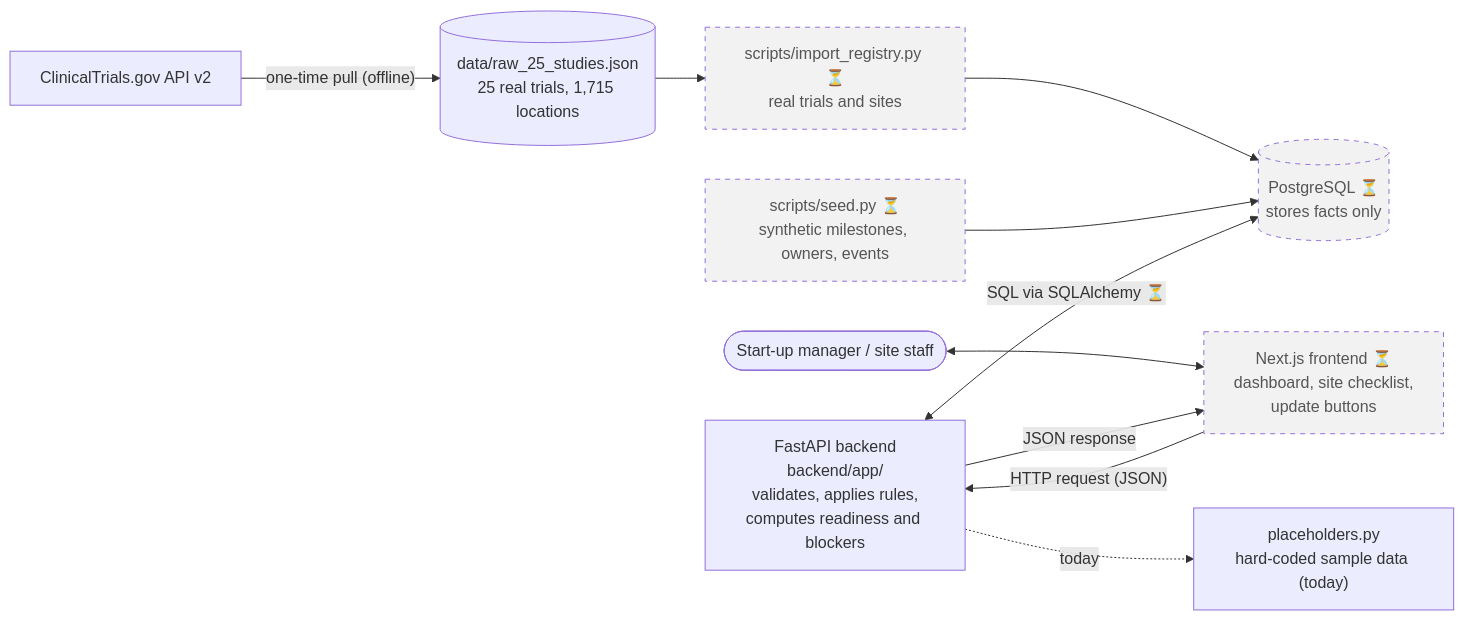
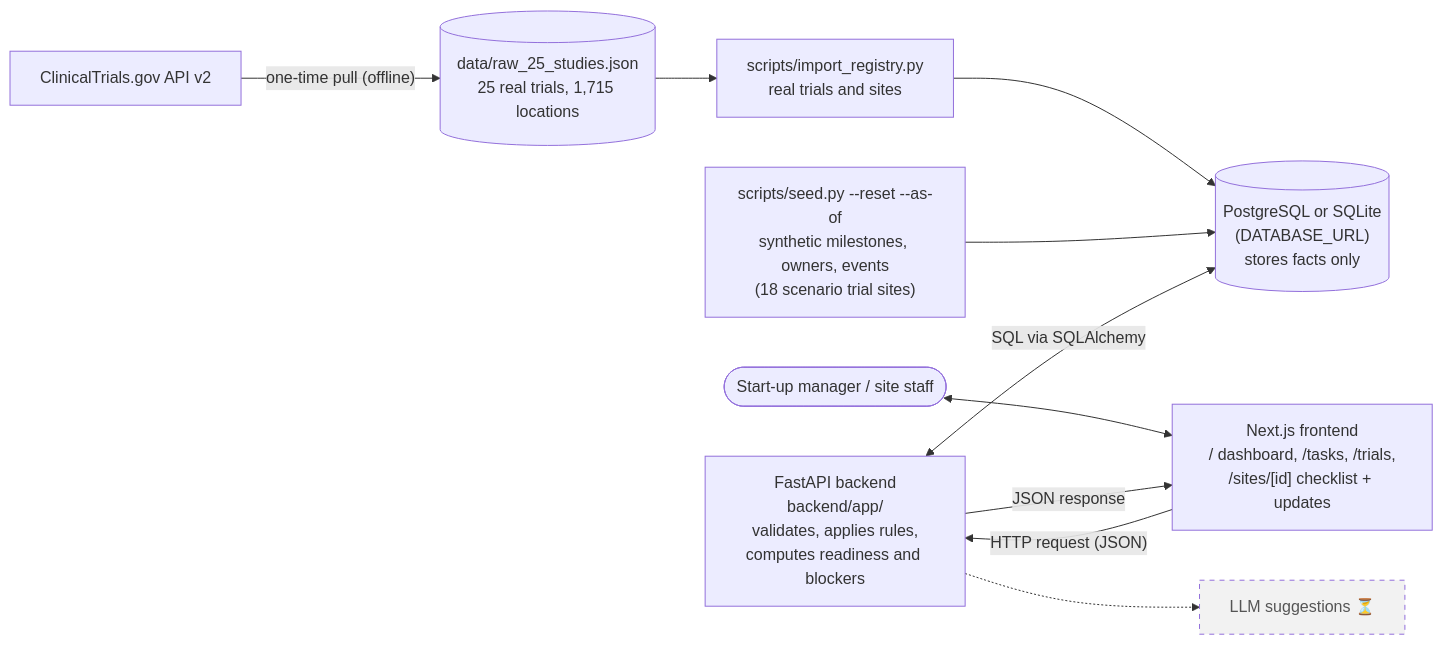
One commit to keyiyu0331/TrialFlow changed the first of 3 diagrams in docs/SYSTEM_OVERVIEW.md. Above: the diagram before and after it, drawn with Mermaid. The commit also changed other lines of this file, not shown here.

First line of the commit message:
Update system overview for DB-backed backend and frontend

````diff
--- a/docs/SYSTEM_OVERVIEW.md
+++ b/docs/SYSTEM_OVERVIEW.md
@@ -9,24 +9,24 @@
 ```mermaid
 flowchart LR
     CTG["ClinicalTrials.gov API v2"]
     RAW[("data/raw_25_studies.json<br/>25 real trials, 1,715 locations")]
-    IMP["scripts/import_registry.py ⏳<br/>real trials and sites"]
-    SEED["scripts/seed.py ⏳<br/>synthetic milestones, owners, events"]
-    DB[("PostgreSQL ⏳<br/>stores facts only")]
+    IMP["scripts/import_registry.py<br/>real trials and sites"]
+    SEED["scripts/seed.py --reset --as-of<br/>synthetic milestones, owners, events<br/>(18 scenario trial sites)"]
+    DB[("PostgreSQL or SQLite<br/>(DATABASE_URL)<br/>stores facts only")]
     BE["FastAPI backend<br/>backend/app/<br/>validates, applies rules,<br/>computes readiness and blockers"]
-    PH["placeholders.py<br/>hard-coded sample data (today)"]
-    FE["Next.js frontend ⏳<br/>dashboard, site checklist,<br/>update buttons"]
+    FE["Next.js frontend<br/>/ dashboard, /tasks, /trials,<br/>/sites/[id] checklist + updates"]
     USER(["Start-up manager / site staff"])
+    LLM["LLM suggestions ⏳"]
 
     CTG -- "one-time pull (offline)" --> RAW
     RAW --> IMP --> DB
     SEED --> DB
     USER <--> FE
     FE -- "HTTP request (JSON)" --> BE
     BE -- "JSON response" --> FE
-    BE <-- "SQL via SQLAlchemy ⏳" --> DB
-    BE -. "today" .-> PH
+    BE <-- "SQL via SQLAlchemy" --> DB
+    BE -.-> LLM
 
     classDef planned stroke-dasharray: 5 5,fill:#f2f2f2,color:#555
-    class IMP,SEED,DB,FE planned
+    class LLM planned
 ```
````
